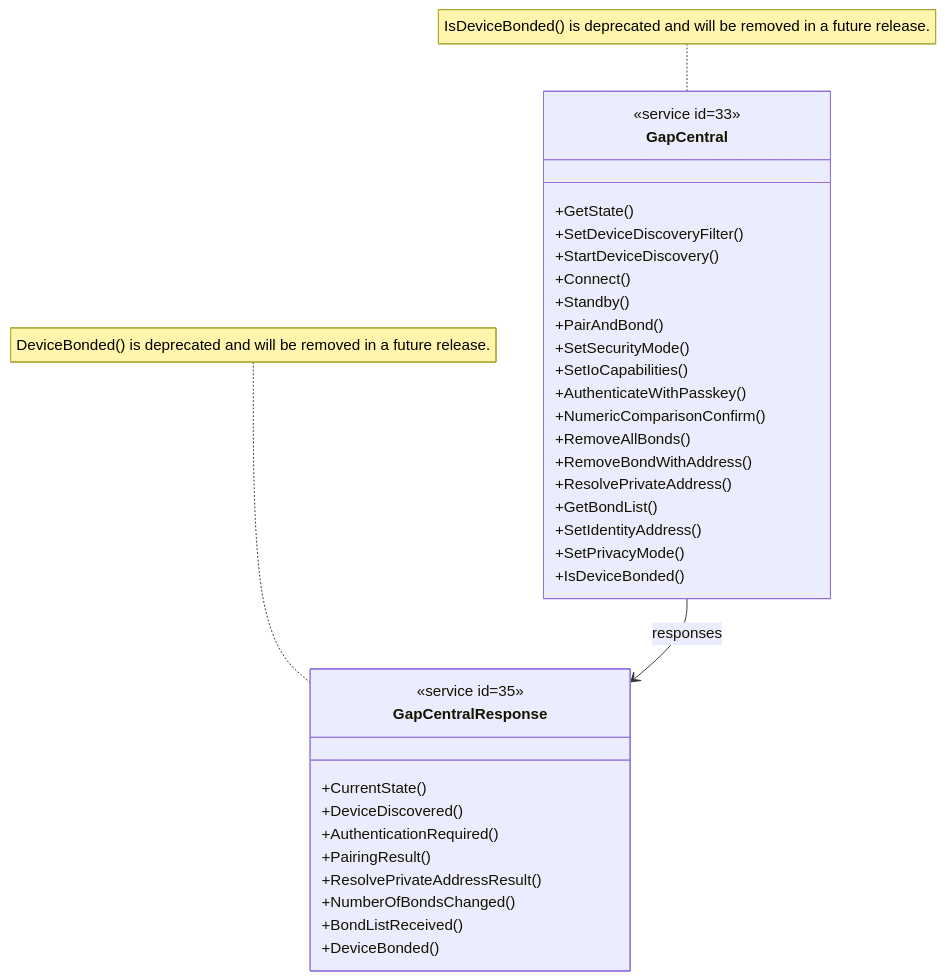
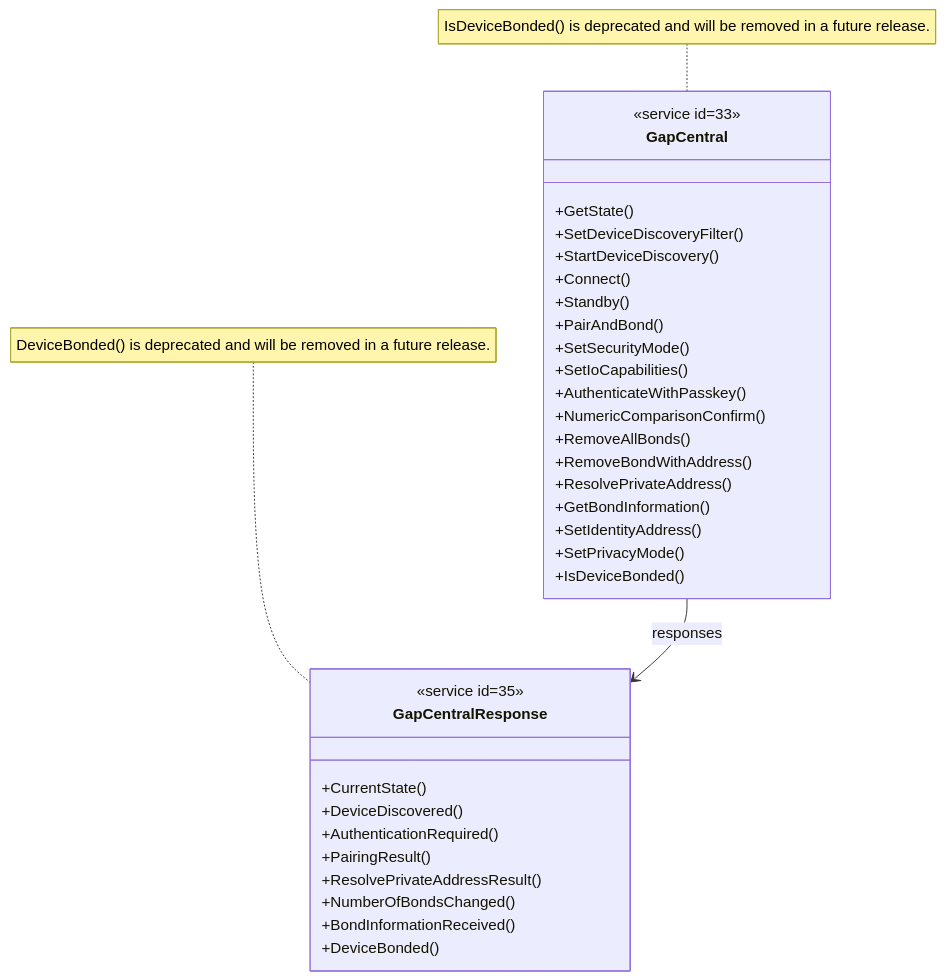
Before and after one commit to philips-software/amp-embedded-infra-lib: the diagram in documents/modules/ROOT/partials/echoservices/gap_central/GapCentral_class.mmd, drawn with Mermaid. The commit also changed 8 other files, not shown here.

Commit message:
update adoc and mermaid diagrams

```diff
--- a/documents/modules/ROOT/partials/echoservices/gap_central/GapCentral_class.mmd
+++ b/documents/modules/ROOT/partials/echoservices/gap_central/GapCentral_class.mmd
@@ -1,35 +1,35 @@
 classDiagram
     class GapCentral {
         <<service id=33>>
         +GetState()
         +SetDeviceDiscoveryFilter()
         +StartDeviceDiscovery()
         +Connect()
         +Standby()
         +PairAndBond()
         +SetSecurityMode()
         +SetIoCapabilities()
         +AuthenticateWithPasskey()
         +NumericComparisonConfirm()
         +RemoveAllBonds()
         +RemoveBondWithAddress()
         +ResolvePrivateAddress()
-        +GetBondList()
+        +GetBondInformation()
         +SetIdentityAddress()
         +SetPrivacyMode()
         +IsDeviceBonded()
     }
     class GapCentralResponse {
         <<service id=35>>
         +CurrentState()
         +DeviceDiscovered()
         +AuthenticationRequired()
         +PairingResult()
         +ResolvePrivateAddressResult()
         +NumberOfBondsChanged()
-        +BondListReceived()
+        +BondInformationReceived()
         +DeviceBonded()
     }
     GapCentral --> GapCentralResponse : responses
     note for GapCentral "IsDeviceBonded() is deprecated and will be removed in a future release."
     note for GapCentralResponse "DeviceBonded() is deprecated and will be removed in a future release."
```
